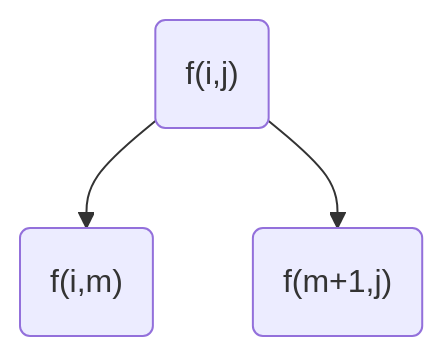
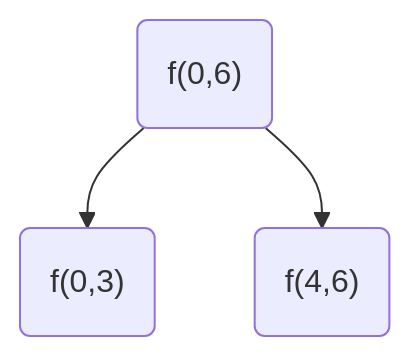
Before and after one commit to ImtiazKhanDS/notes: the fifth of 5 diagrams in Technical/DSA/Recursion.md, drawn with Mermaid.

Commit message:
Commit from imtiaz_personal_laptop on 04/10/2024, 11:27:41

````diff
--- a/Technical/DSA/Recursion.md
+++ b/Technical/DSA/Recursion.md
@@ -340,8 +340,10 @@
 ```mermaid
 graph TD
 
-f0("f(i,j)") --> f1("f(i,m)")
+f0("f(0, 6)") --> f1("f(0,3)")
 
-f0("f(i,j)") --> f2("f(m+1,j)")
+f0("f(0,6)") --> f2("f(4,6)")
+
+
 
 ```
````
